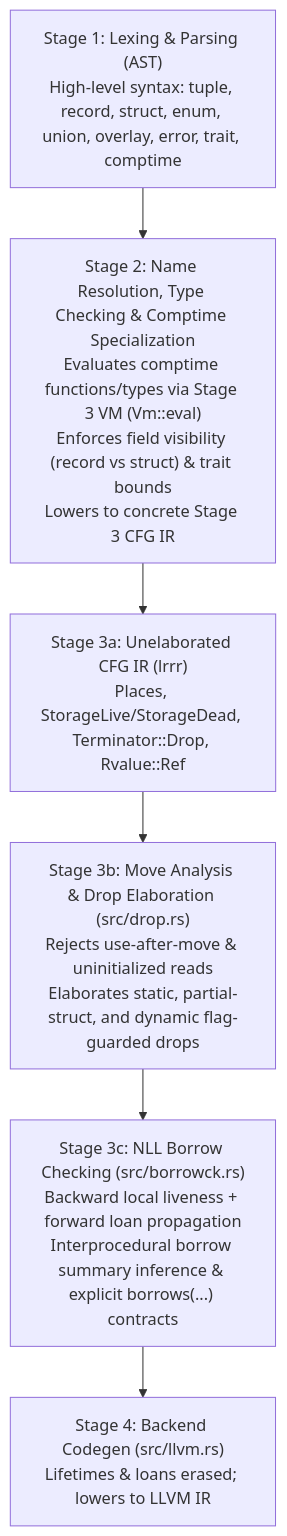
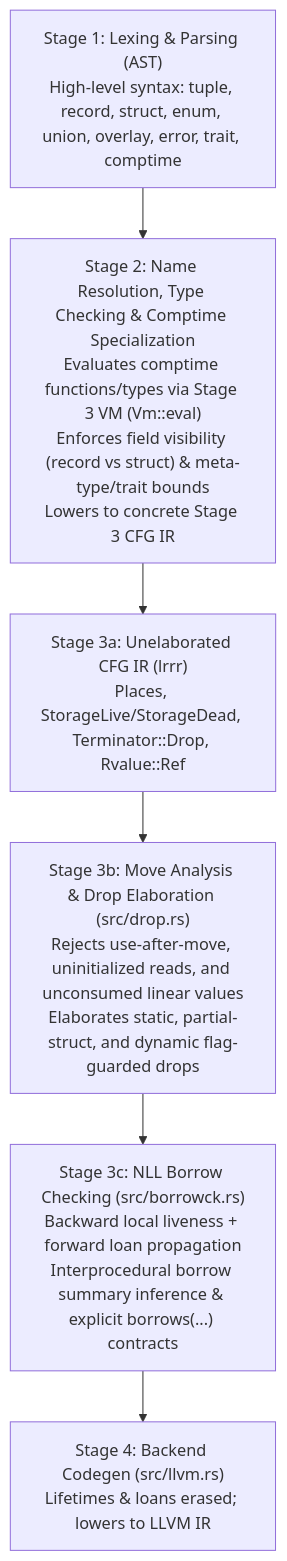
One commit to adam-frisby/SlopLang changed the diagram in DESIGN.md. Above: the diagram before and after it, drawn with Mermaid. The commit also changed other lines of this file and 11 other files, not shown here.

````diff
--- a/DESIGN.md
+++ b/DESIGN.md
@@ -13,9 +13,9 @@
 ```mermaid
 flowchart TD
     S1["Stage 1: Lexing & Parsing (AST)<br/>High-level syntax: tuple, record, struct, enum, union, overlay, error, trait, comptime"] --> S2
-    S2["Stage 2: Name Resolution, Type Checking & Comptime Specialization<br/>Evaluates comptime functions/types via Stage 3 VM (Vm::eval)<br/>Enforces field visibility (record vs struct) & trait bounds<br/>Lowers to concrete Stage 3 CFG IR"] --> S3A
+    S2["Stage 2: Name Resolution, Type Checking & Comptime Specialization<br/>Evaluates comptime functions/types via Stage 3 VM (Vm::eval)<br/>Enforces field visibility (record vs struct) & meta-type/trait bounds<br/>Lowers to concrete Stage 3 CFG IR"] --> S3A
     S3A["Stage 3a: Unelaborated CFG IR (lrrr)<br/>Places, StorageLive/StorageDead, Terminator::Drop, Rvalue::Ref"] --> S3B
-    S3B["Stage 3b: Move Analysis & Drop Elaboration (src/drop.rs)<br/>Rejects use-after-move & uninitialized reads<br/>Elaborates static, partial-struct, and dynamic flag-guarded drops"] --> S3C
+    S3B["Stage 3b: Move Analysis & Drop Elaboration (src/drop.rs)<br/>Rejects use-after-move, uninitialized reads, and unconsumed linear values<br/>Elaborates static, partial-struct, and dynamic flag-guarded drops"] --> S3C
     S3C["Stage 3c: NLL Borrow Checking (src/borrowck.rs)<br/>Backward local liveness + forward loan propagation<br/>Interprocedural borrow summary inference & explicit borrows(...) contracts"] --> S4
     S4["Stage 4: Backend Codegen (src/llvm.rs)<br/>Lifetimes & loans erased; lowers to LLVM IR"]
 ```
````
